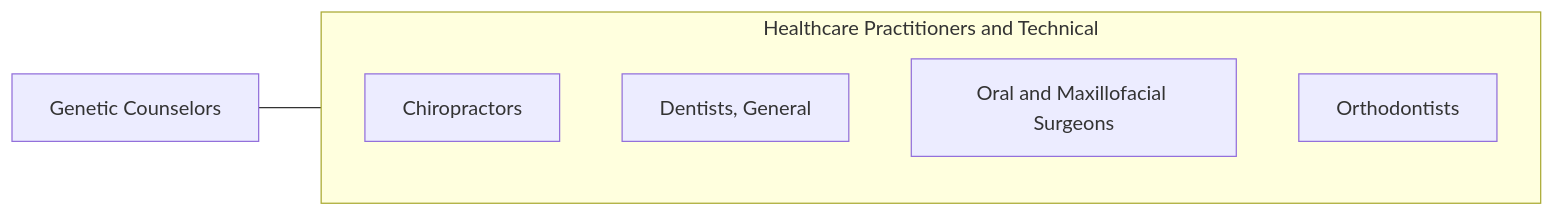
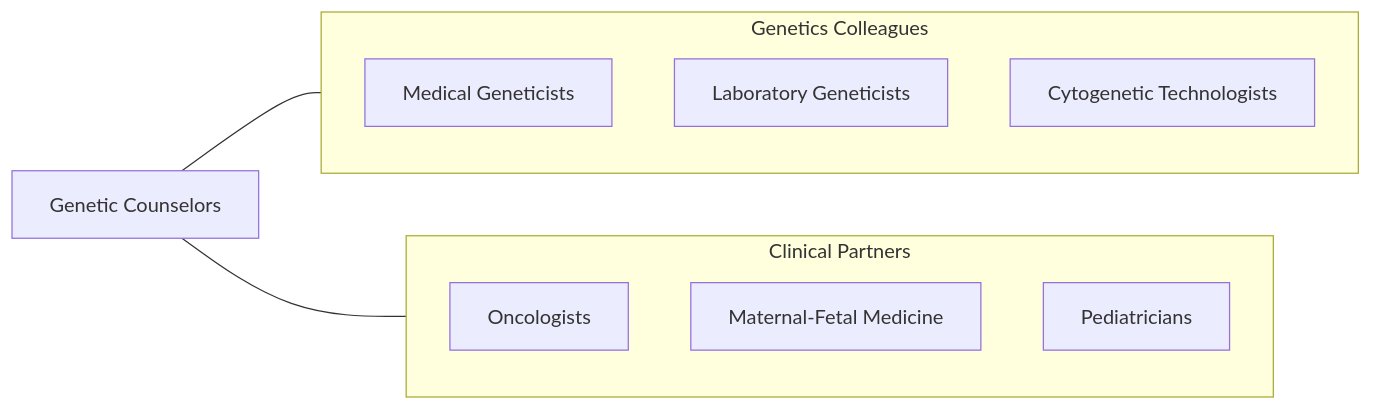
Before and after one commit to kziemski/business.org.ai: the fourth of 4 diagrams in occupations/HealthcarePractitioners/GeneticCounselors.mdx, drawn with Mermaid. The commit also changed other lines of this file and 938 other files, not shown here.

````diff
--- a/occupations/HealthcarePractitioners/GeneticCounselors.mdx
+++ b/occupations/HealthcarePractitioners/GeneticCounselors.mdx
@@ -110,13 +185,19 @@
 ```mermaid
 graph LR
     Current["Genetic Counselors"]
 
-    subgraph SameCategory["Healthcare Practitioners and Technical"]
-        Chiropractors["Chiropractors"]
-        DentistsGeneral["Dentists, General"]
-        OralAndMaxillofacial["Oral and Maxillofacial Surgeons"]
-        Orthodontists["Orthodontists"]
+    subgraph GeneticsTeam["Genetics Colleagues"]
+        MedGeneticists["Medical Geneticists"]
+        LabGeneticists["Laboratory Geneticists"]
+        CytoTechs["Cytogenetic Technologists"]
     end
 
-    Current --- SameCategory
+    subgraph Clinical["Clinical Partners"]
+        Oncologists["Oncologists"]
+        MFM["Maternal-Fetal Medicine"]
+        Pediatricians["Pediatricians"]
+    end
+
+    Current --- GeneticsTeam
+    Current --- Clinical
 ```
````
